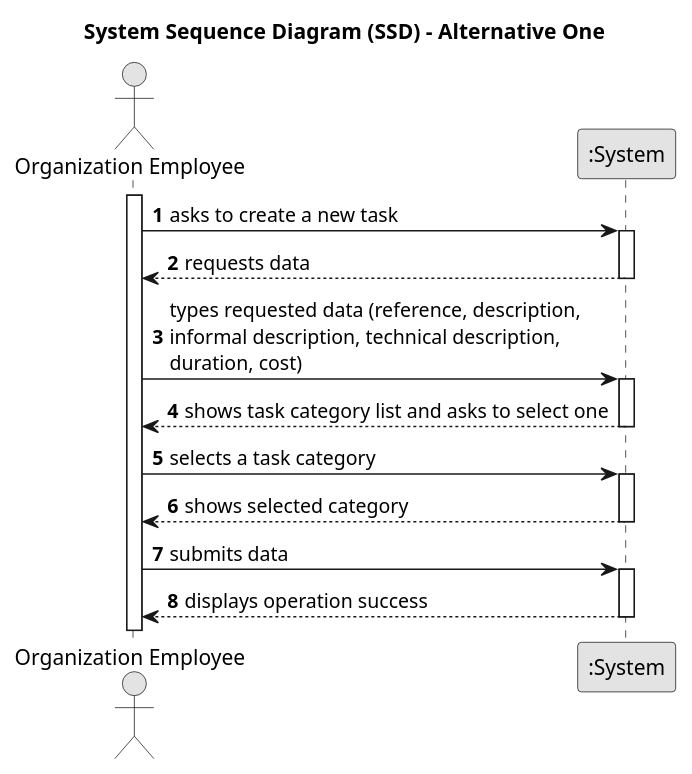
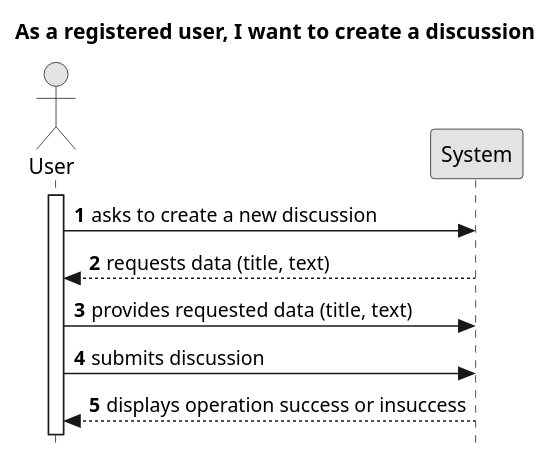
One commit to TiagoMagalhaes1232507/Testando-projeto changed the diagram in docs/sprint01/us004/01.requirements-engineering/puml/us006-system-sequence-diagram-alternative-one.puml. Above: the diagram before and after it, drawn with PlantUML. The commit also changed 3 other files, not shown here.

Commit message:
As a registered user, I want to create a discussion.

```diff
--- a/docs/sprint01/us004/01.requirements-engineering/puml/us006-system-sequence-diagram-alternative-one.puml
+++ b/docs/sprint01/us004/01.requirements-engineering/puml/us006-system-sequence-diagram-alternative-one.puml
@@ -1,39 +1,23 @@
 @startuml
 skinparam monochrome true
 skinparam packageStyle rectangle
 skinparam shadowing false
+skinparam style strictuml
 
-title System Sequence Diagram (SSD) - Alternative One
+title As a registered user, I want to create a discussion
 
 autonumber
 
-actor "Organization Employee" as Employee
-participant ":System" as System
+actor "User" as Employee
+participant "System" as System
 
 activate Employee
 
-    Employee -> System : asks to create a new task
-    activate System
+Employee -> System : asks to create a new discussion
+System --> Employee : requests data (title, text)
 
-        System --> Employee : requests data
-    deactivate System
-
-    Employee -> System : types requested data (reference, description, \ninformal description, technical description,\nduration, cost)
-    activate System
-
-        System --> Employee : shows task category list and asks to select one
-    deactivate System
-
-    Employee -> System : selects a task category
-    activate System
-
-        System --> Employee : shows selected category
-    deactivate System
-
-    Employee -> System : submits data
-    activate System
-
-        System --> Employee : displays operation success
-    deactivate System
+Employee -> System : provides requested data (title, text)
+Employee -> System : submits discussion
+System --> Employee : displays operation success or insuccess
 
 @enduml
```
